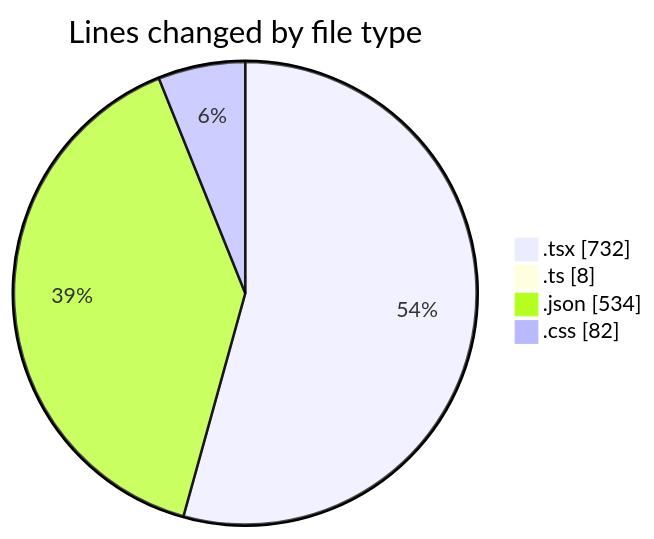
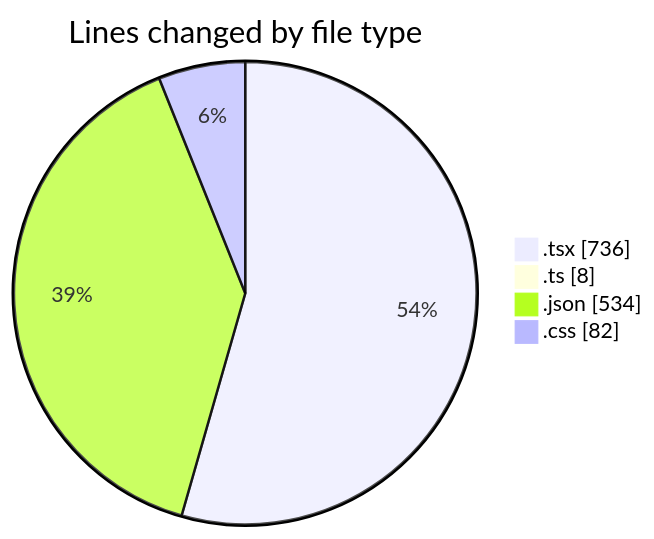
Before and after one commit to EIIisD/code-tracking: the first of 2 diagrams in 2025-08-02/tw-server/README.md, drawn with Mermaid. The commit also changed other lines of this file and 1 other file, not shown here.

````diff
--- a/2025-08-02/tw-server/README.md
+++ b/2025-08-02/tw-server/README.md
@@ -25,8 +25,8 @@
 ```mermaid
 pie showData
 title Lines changed by file type
-".tsx" : 732
+".tsx" : 736
 ".ts" : 8
 ".json" : 534
 ".css" : 82
 ```
````
